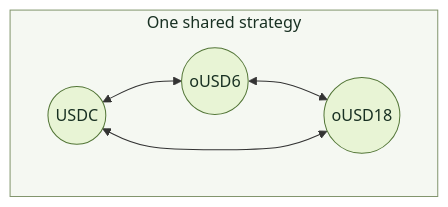
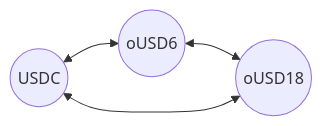
The first of 2 diagrams in README.md (AnInsaneJimJam/aqua-orbital), drawn with Mermaid before and after one commit. The commit also changed other lines of this file, not shown here.

````diff
--- a/README.md
+++ b/README.md
@@ -35,12 +80,6 @@
 ```mermaid
 flowchart LR
-  subgraph strategy["One shared strategy"]
-    direction LR
-    usdc(("USDC")) <--> demo6(("oUSD6"))
-    demo6 <--> demo18(("oUSD18"))
-    demo18 <--> usdc
-  end
-  classDef token fill:#e8f4d5,stroke:#527536,color:#183022
-  class usdc,demo6,demo18 token
-  style strategy fill:#f5f8f2,stroke:#82956d,color:#183022
+  USDC(("USDC")) <--> oUSD6(("oUSD6"))
+  oUSD6 <--> oUSD18(("oUSD18"))
+  oUSD18 <--> USDC
 ```
````
